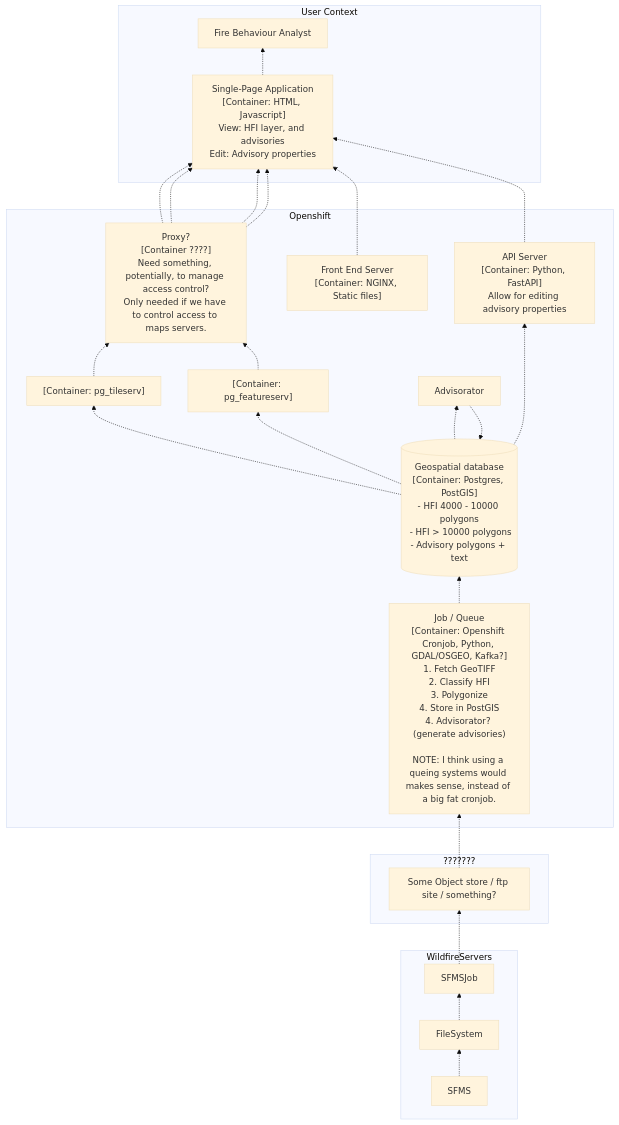
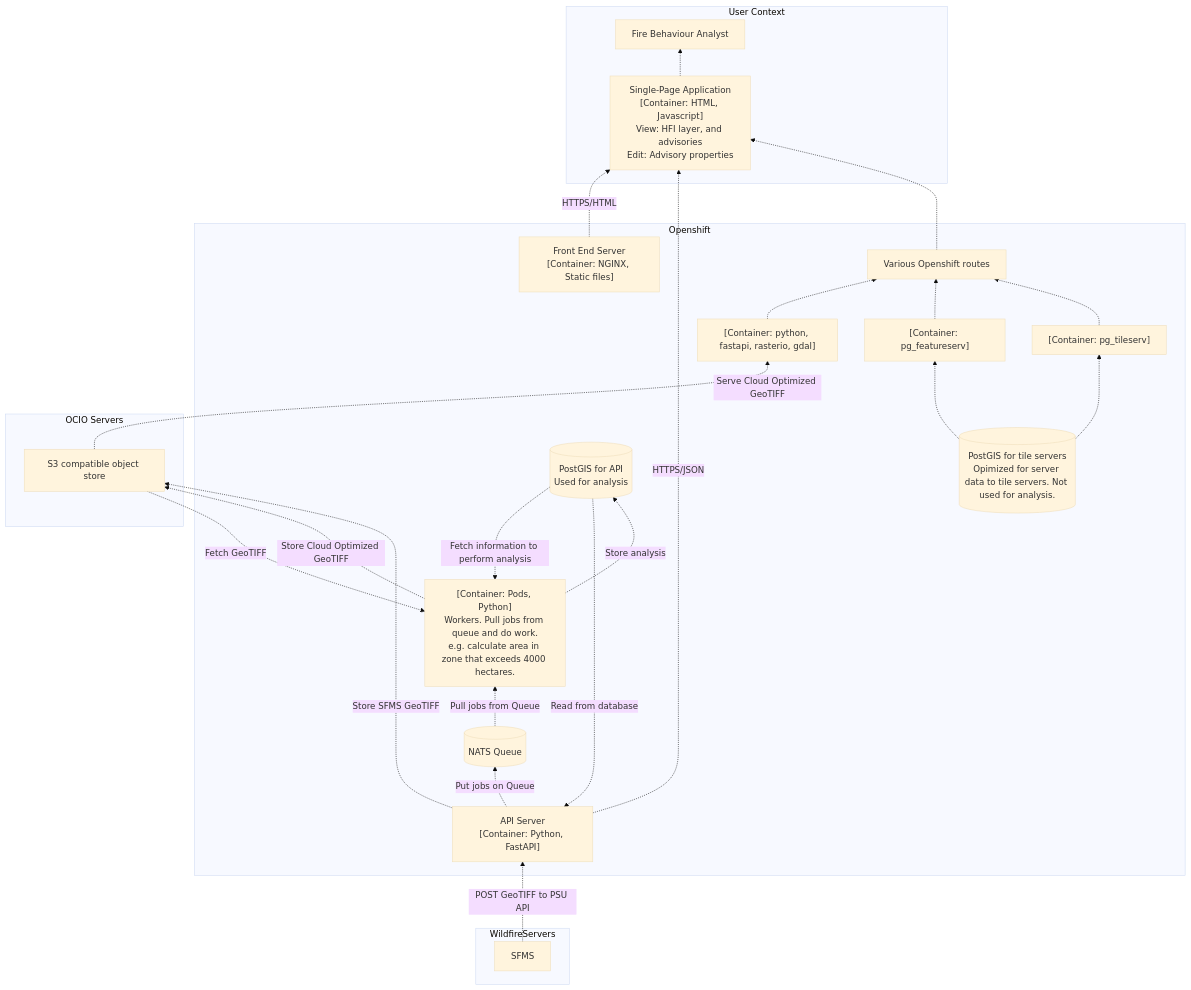
The diagram in architecture/sffms.md (bcgov/wps), drawn with Mermaid (base theme) before and after one commit. The commit also changed other lines of this file and 1 other file, not shown here.

Commit message:
updated architecture

````diff
--- a/architecture/sffms.md
+++ b/architecture/sffms.md
@@ -9,56 +7,58 @@
 ```mermaid
 graph BT
 
 subgraph User Context
     Browser["Single-Page Application</br>[Container: HTML, Javascript]</br>View: HFI layer, and advisories</br>Edit: Advisory properties
     "]
     FBAN["Fire Behaviour Analyst"]
 
     Browser-.->FBAN
 end
 
 subgraph Openshift
     FrontEndServer["Front End Server</br>[Container: NGINX, Static files]"]
-    Proxy["Proxy?</br>[Container ????]</br>Need something, potentially, to manage access control?</br>Only needed if we have to control access to maps servers."]
-    BackEndServer["API Server</br>[Container: Python, FastAPI]</br>Allow for editing advisory properties"]
+    Routes["Various Openshift routes"]
+    API["API Server</br>[Container: Python, FastAPI]"]
     FeatureServer["[Container: pg_featureserv]"]
-    TileServer["[Container: pg_tileserv]"]
+    VectorTileServer["[Container: pg_tileserv]"]
+    RasterTileServer["[Container: python, fastapi, rasterio, gdal]"]
 
-    PostGIS[("Geospatial database</br>[Container: Postgres, PostGIS]</br>- HFI 4000 - 10000 polygons</br> - HFI > 10000 polygons</br>- Advisory polygons + text")]
-    Cronjob["Job / Queue</br>[Container: Openshift Cronjob, Python, GDAL/OSGEO, Kafka?]</br>1. Fetch GeoTIFF</br>2. Classify HFI</br>3. Polygonize</br>4. Store in PostGIS</br>4. Advisorator? (generate advisories)</br></br>NOTE: I think using a queing systems would makes sense, instead of a big fat cronjob."]
+    APIPostGIS[("PostGIS for API<br/>Used for analysis")]
+    Queue[("NATS Queue")]
+    TileServerPostGIS[("PostGIS for tile servers</br>Opimized for server data to tile servers. Not used for analysis.")]
+    Workers["[Container: Pods, Python]</br>Workers. Pull jobs from queue and do work.</br>e.g. calculate area in zone that exceeds 4000 hectares."]
 
-    Cronjob-.->PostGIS
-    PostGIS-.->Advisorator
-    Advisorator-.->PostGIS
-    PostGIS-.->TileServer
-    PostGIS-.->FeatureServer
-    PostGIS-.->BackEndServer
+    API-."Put jobs on Queue".->Queue
+    Queue-."Pull jobs from Queue".->Workers
+    Workers-."Store analysis".->APIPostGIS
+    TileServerPostGIS-.->VectorTileServer
+    TileServerPostGIS-.->FeatureServer
+    APIPostGIS-."Read from database".->API
+    APIPostGIS-."Fetch information to perform analysis".->Workers
 
-    Proxy-.->Browser
-    Proxy-.->Browser
-    Proxy-.->Browser
-    Proxy-.->Browser
-
-    FrontEndServer-.->Browser
-    TileServer-.->Proxy
-    FeatureServer-.->Proxy
-    BackEndServer-.->Browser
+    Routes-.->Browser
+    
+    VectorTileServer-.->Routes
+    FeatureServer-.->Routes
+    RasterTileServer-.->Routes
 end
 
-subgraph WhatIsThis["???????"]
-    ObjectStore["Some Object store / ftp site / something?"]
+API-."HTTPS/JSON".->Browser
+FrontEndServer-."HTTPS/HTML".->Browser
+API -."Store SFMS GeoTIFF".-> ObjectStore
+
+subgraph OCIOServers["OCIO Servers"]
+    ObjectStore["S3 compatible object store"]
 end
 
-ObjectStore-.->Cronjob
+ObjectStore-."Fetch GeoTIFF".->Workers
+Workers-."Store Cloud Optimized GeoTIFF".->ObjectStore
+ObjectStore-."Serve Cloud Optimized GeoTIFF".->RasterTileServer
+
 
 subgraph WildfireServers
     SFMS
-    FileSystem
-    SFMSJob
-
-    SFMS -.-> FileSystem
-    FileSystem -.-> SFMSJob
 end
 
-SFMSJob -.-> ObjectStore
+SFMS -."POST GeoTIFF to PSU API".-> API
 ```
````
